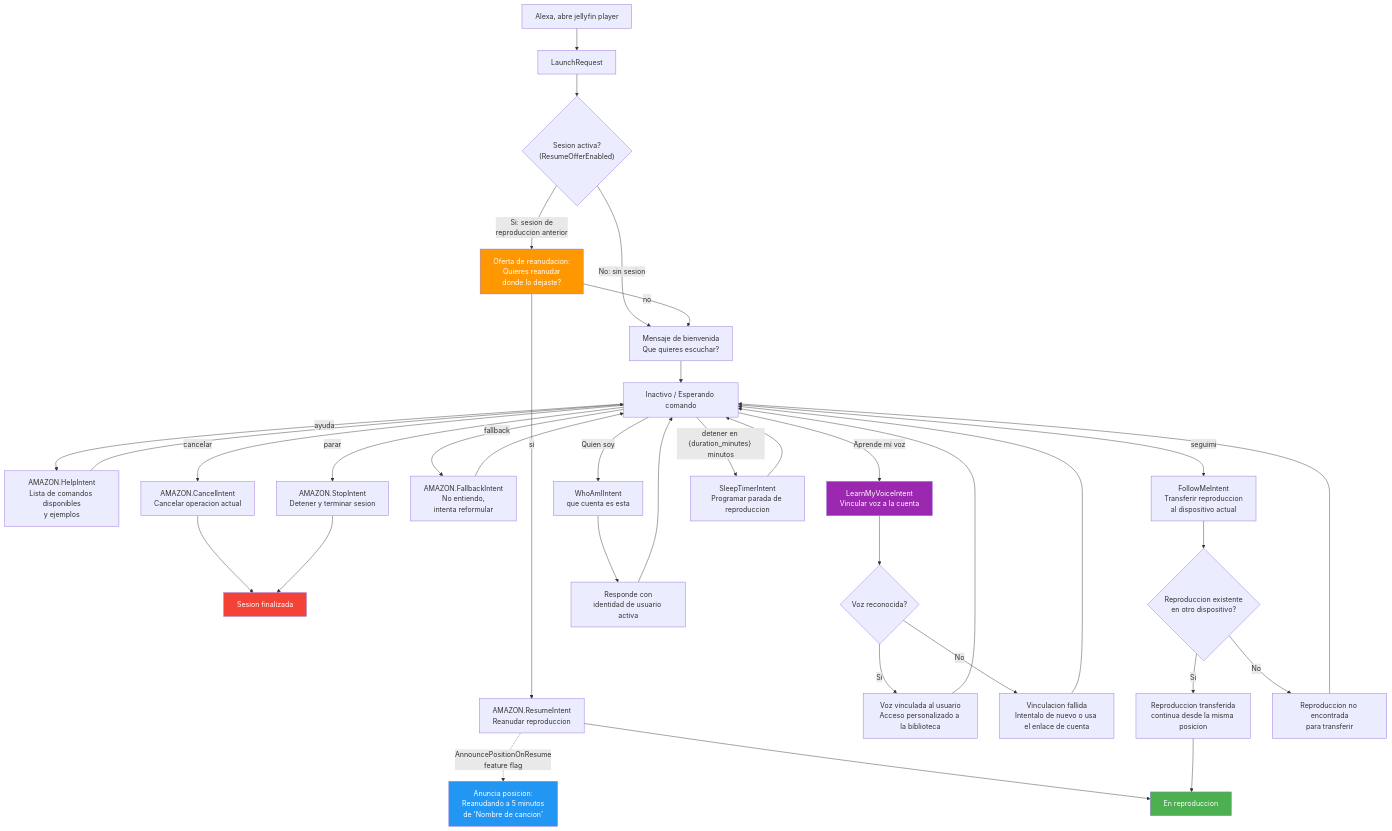
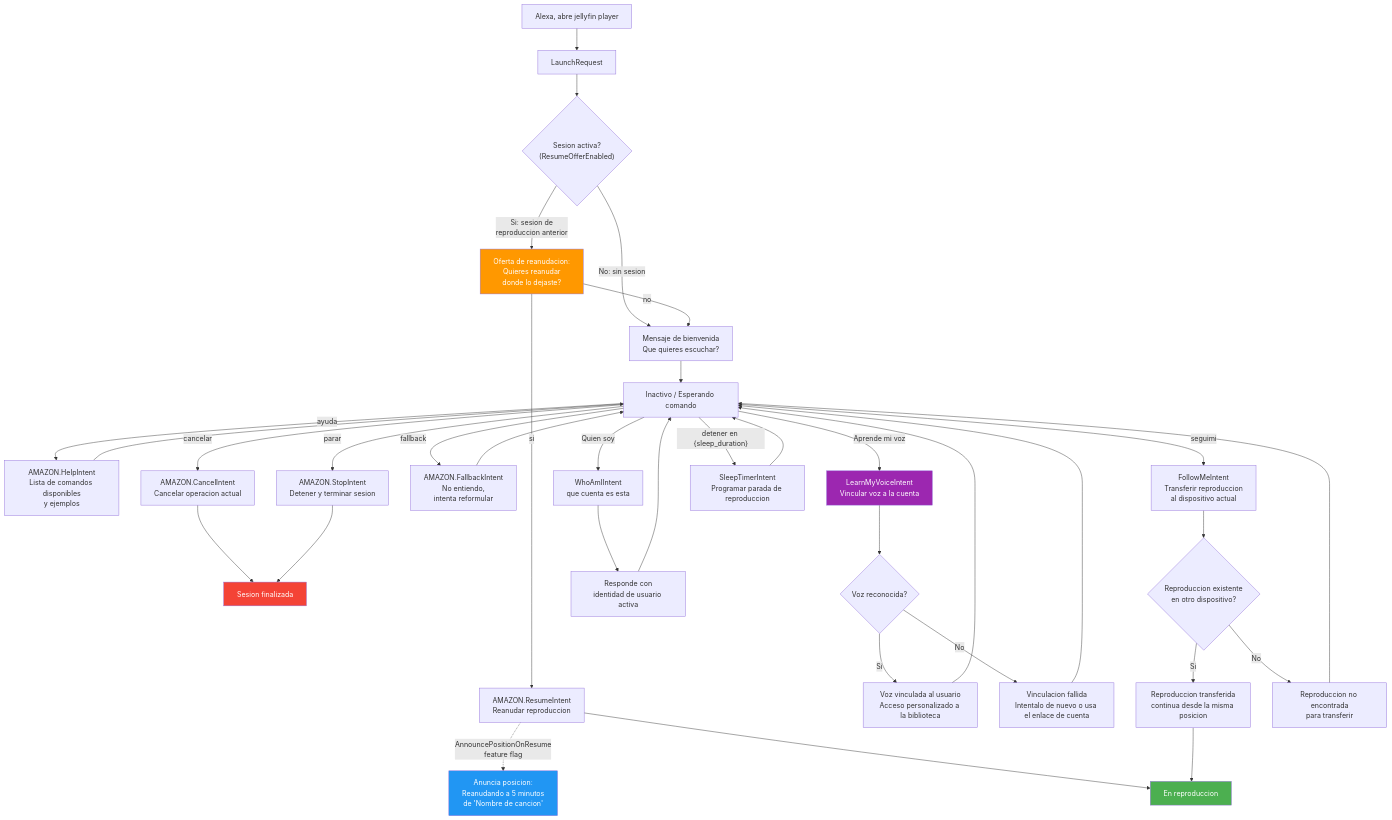
One commit to paoloantinori/jellyfin-alexa-plugin changed the diagram in docs/session-management-es-ES.md. Above: the diagram before and after it, drawn with Mermaid. The commit also changed 94 other files, not shown here.

````diff
--- a/docs/session-management-es-ES.md
+++ b/docs/session-management-es-ES.md
@@ -3,56 +3,56 @@
 ```mermaid
 graph TD
     Open["Alexa, abre jellyfin player"] --> LaunchRequest["LaunchRequest"]
 
     LaunchRequest --> HasSession{"Sesion activa?<br/>(ResumeOfferEnabled)"}
 
     HasSession -->|"Si: sesion de<br/>reproduccion anterior"| ResumeOffer["Oferta de reanudacion:<br/>Quieres reanudar<br/>donde lo dejaste?"]
     HasSession -->|"No: sin sesion"| Welcome["Mensaje de bienvenida<br/>Que quieres escuchar?"]
 
     ResumeOffer -->|"si"| ResumePlay["AMAZON.ResumeIntent<br/>Reanudar reproduccion"]
     ResumeOffer -->|"no"| Welcome
 
     ResumePlay -.->|"AnnouncePositionOnResume<br/>feature flag"| PositionAnnounce["Anuncia posicion:<br/>Reanudando a 5 minutos<br/>de 'Nombre de cancion'"]
     ResumePlay --> Playing["En reproduccion"]
 
     Welcome --> Idle["Inactivo / Esperando comando"]
 
     Idle -->|"ayuda"| Help["AMAZON.HelpIntent<br/>Lista de comandos disponibles<br/>y ejemplos"]
     Idle -->|"cancelar"| Cancel["AMAZON.CancelIntent<br/>Cancelar operacion actual"]
     Idle -->|"parar"| Stop["AMAZON.StopIntent<br/>Detener y terminar sesion"]
     Idle -->|"fallback"| Fallback["AMAZON.FallbackIntent<br/>No entiendo,<br/>intenta reformular"]
 
     Help --> Idle
     Cancel --> EndSession["Sesion finalizada"]
     Stop --> EndSession
     Fallback --> Idle
 
     Idle -->|"Aprende mi voz"| VoiceLink["LearnMyVoiceIntent<br/>Vincular voz a la cuenta"]
     VoiceLink --> VoiceResult{"Voz reconocida?"}
     VoiceResult -->|"Si"| Linked["Voz vinculada al usuario<br/>Acceso personalizado a la biblioteca"]
     VoiceResult -->|"No"| LinkFailed["Vinculacion fallida<br/>Intentalo de nuevo o usa el enlace de cuenta"]
 
     Linked --> Idle
     LinkFailed --> Idle
 
     Idle -->|"Quien soy"| WhoAmI["WhoAmIIntent<br/>que cuenta es esta"]
     WhoAmI --> IdentityResp["Responde con<br/>identidad de usuario activa"]
     IdentityResp --> Idle
 
     Idle -->|"seguimi"| FollowMe["FollowMeIntent<br/>Transferir reproduccion<br/>al dispositivo actual"]
     FollowMe --> FollowTransfer{"Reproduccion existente<br/>en otro dispositivo?"}
     FollowTransfer -->|"Si"| TransferOK["Reproduccion transferida<br/>continua desde la misma posicion"]
     FollowTransfer -->|"No"| NoTransfer["Reproduccion no encontrada<br/>para transferir"]
 
     TransferOK --> Playing
     NoTransfer --> Idle
 
-    Idle -->|"detener en {duration_minutes} minutos"| Sleep["SleepTimerIntent<br/>Programar parada de reproduccion"]
+    Idle -->|"detener en {sleep_duration}"| Sleep["SleepTimerIntent<br/>Programar parada de reproduccion"]
     Sleep --> Idle
 
     style Playing fill:#4CAF50,color:#fff
     style EndSession fill:#f44336,color:#fff
     style VoiceLink fill:#9C27B0,color:#fff
     style ResumeOffer fill:#FF9800,color:#fff
     style PositionAnnounce fill:#2196F3,color:#fff
 ```
````
